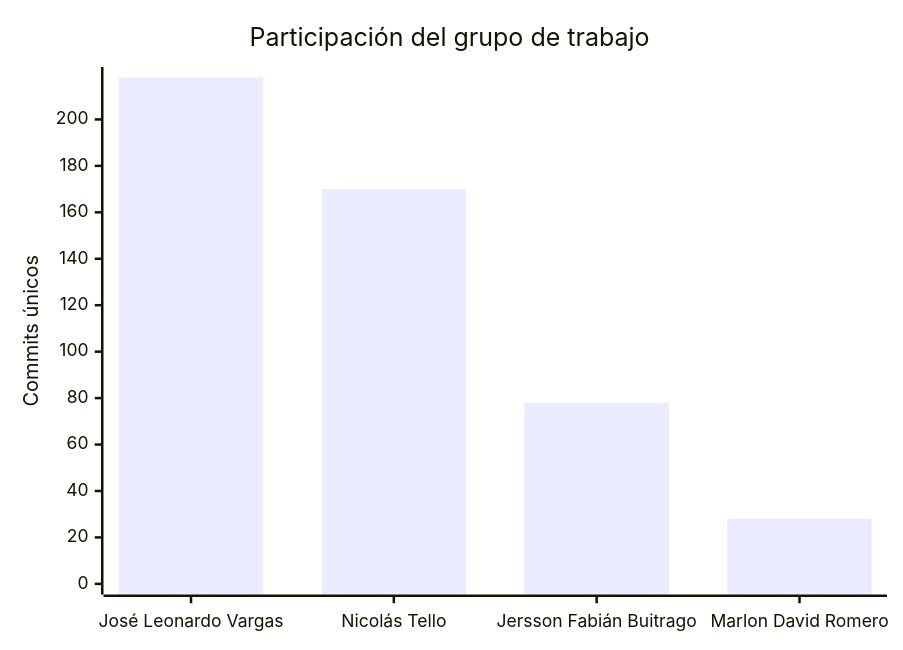
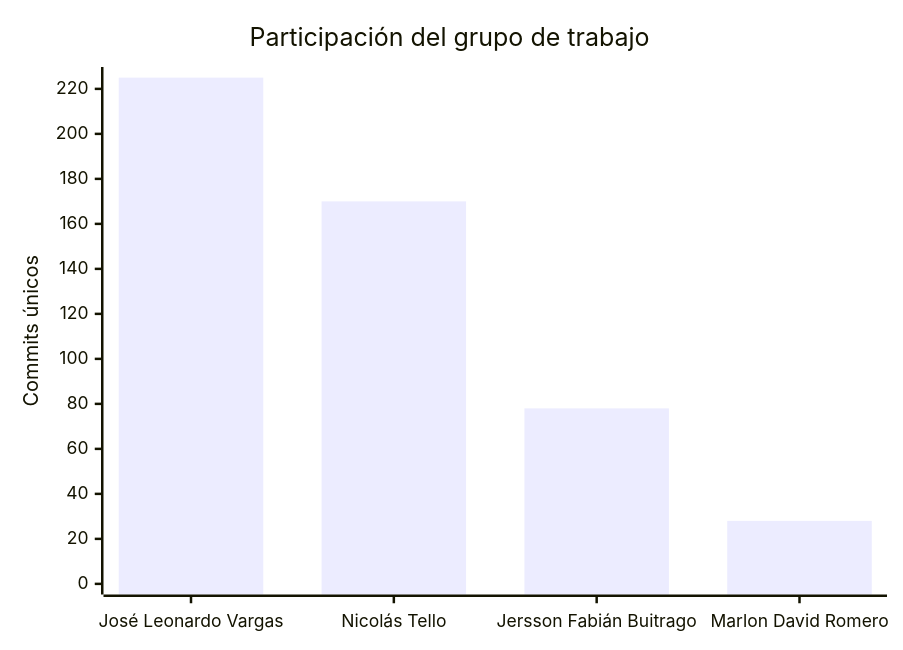
Before and after one commit to FarmaExpres/FarmaExpres: the second of 2 diagrams in README.md, drawn with Mermaid. The commit also changed other lines of this file and 1 other file, not shown here.

````diff
--- a/README.md
+++ b/README.md
@@ -401,7 +401,7 @@
 ```mermaid
 xychart-beta
     title "Participación del grupo de trabajo"
     x-axis ["José Leonardo Vargas", "Nicolás Tello", "Jersson Fabián Buitrago", "Marlon David Romero"]
-    y-axis "Commits únicos" 0 --> 218
-    bar [218, 170, 78, 28]
+    y-axis "Commits únicos" 0 --> 225
+    bar [225, 170, 78, 28]
 ```
````
